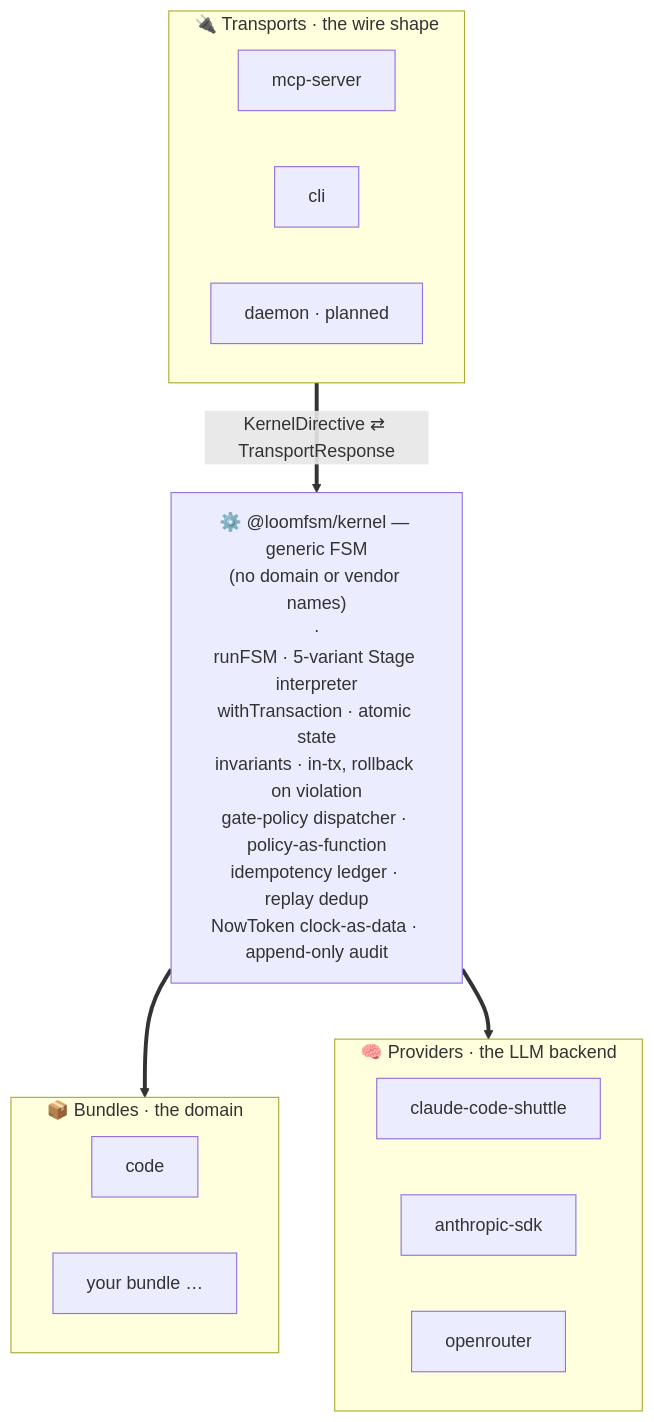
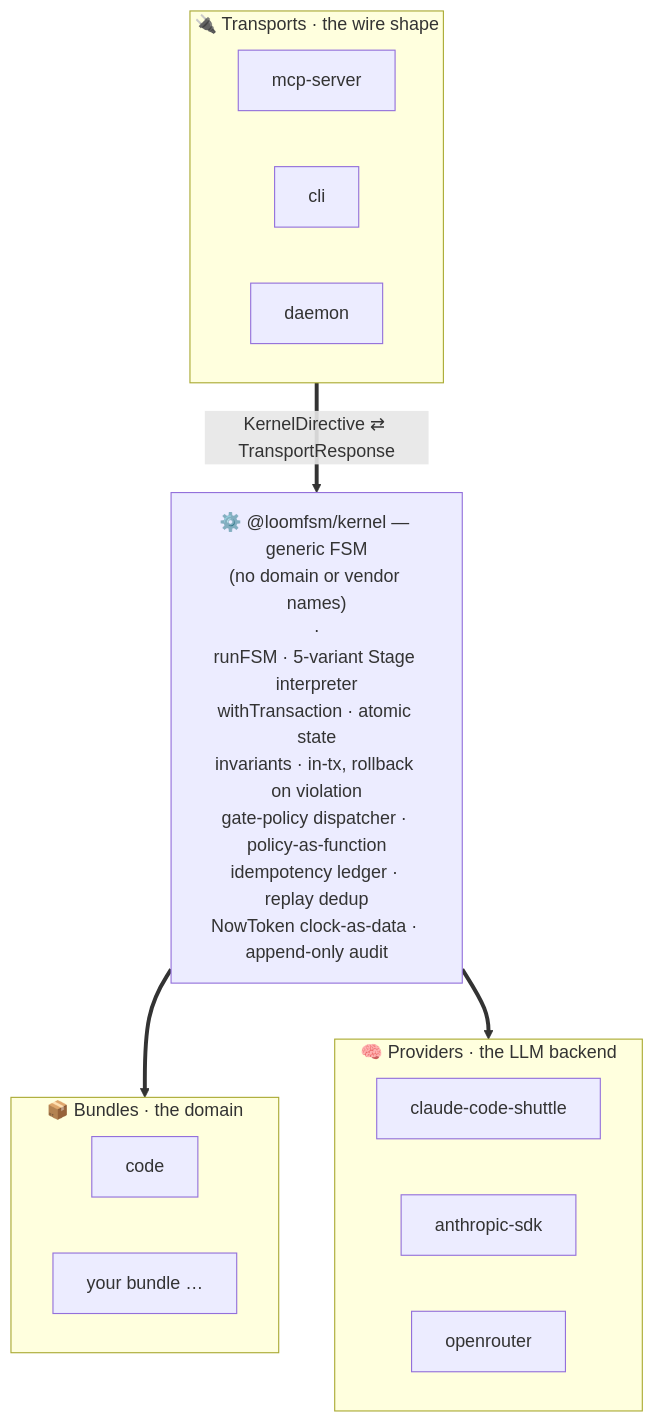
The first of 4 diagrams in WHITEPAPER.md (teaarte/loom), drawn with Mermaid before and after one commit. The commit also changed other lines of this file, not shown here.

First line of the commit message:
docs: update whitepaper to 0.2.0 (headless run + daemon)

````diff
--- a/WHITEPAPER.md
+++ b/WHITEPAPER.md
@@ -40,28 +40,28 @@
 ```mermaid
 flowchart TB
     subgraph Transports["🔌 Transports · the wire shape"]
         direction LR
         MCP["mcp-server"]
         CLI["cli"]
-        DMN["daemon · planned"]
+        DMN["daemon"]
     end
 
     KERNEL["⚙️ @loomfsm/kernel — generic FSM<br/>(no domain or vendor names)<br/>·<br/>runFSM · 5-variant Stage interpreter<br/>withTransaction · atomic state<br/>invariants · in-tx, rollback on violation<br/>gate-policy dispatcher · policy-as-function<br/>idempotency ledger · replay dedup<br/>NowToken clock-as-data · append-only audit"]
 
     subgraph Bundles["📦 Bundles · the domain"]
         direction LR
         CODE["code"]
         YOURS["your bundle …"]
     end
 
     subgraph Providers["🧠 Providers · the LLM backend"]
         direction LR
         SH["claude-code-shuttle"]
         AN["anthropic-sdk"]
         OR["openrouter"]
     end
 
     Transports ==>|"KernelDirective ⇄ TransportResponse"| KERNEL
     KERNEL ==> Bundles
     KERNEL ==> Providers
 ```
````
